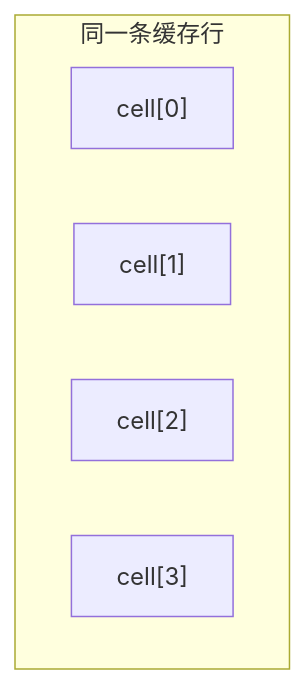
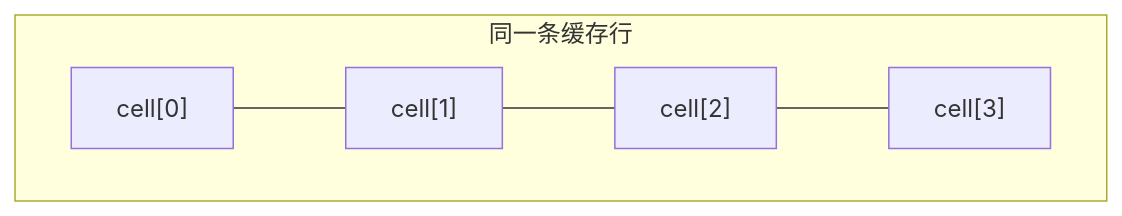
One commit to rebibabo/rebibabo.github.io changed the diagram in images/Java-concurrency/IMG-20260707-000115.mmd. Above: the diagram before and after it, drawn with Mermaid. The commit also changed 50 other files, not shown here.

```diff
--- a/images/Java-concurrency/IMG-20260707-000115.mmd
+++ b/images/Java-concurrency/IMG-20260707-000115.mmd
@@ -1,8 +1,5 @@
 graph LR
     subgraph 同一条缓存行
         direction LR
-        C0["cell[0]"]
-        C1["cell[1]"]
-        C2["cell[2]"]
-        C3["cell[3]"]
+        C0["cell[0]"] --- C1["cell[1]"] --- C2["cell[2]"] --- C3["cell[3]"]
     end
```
